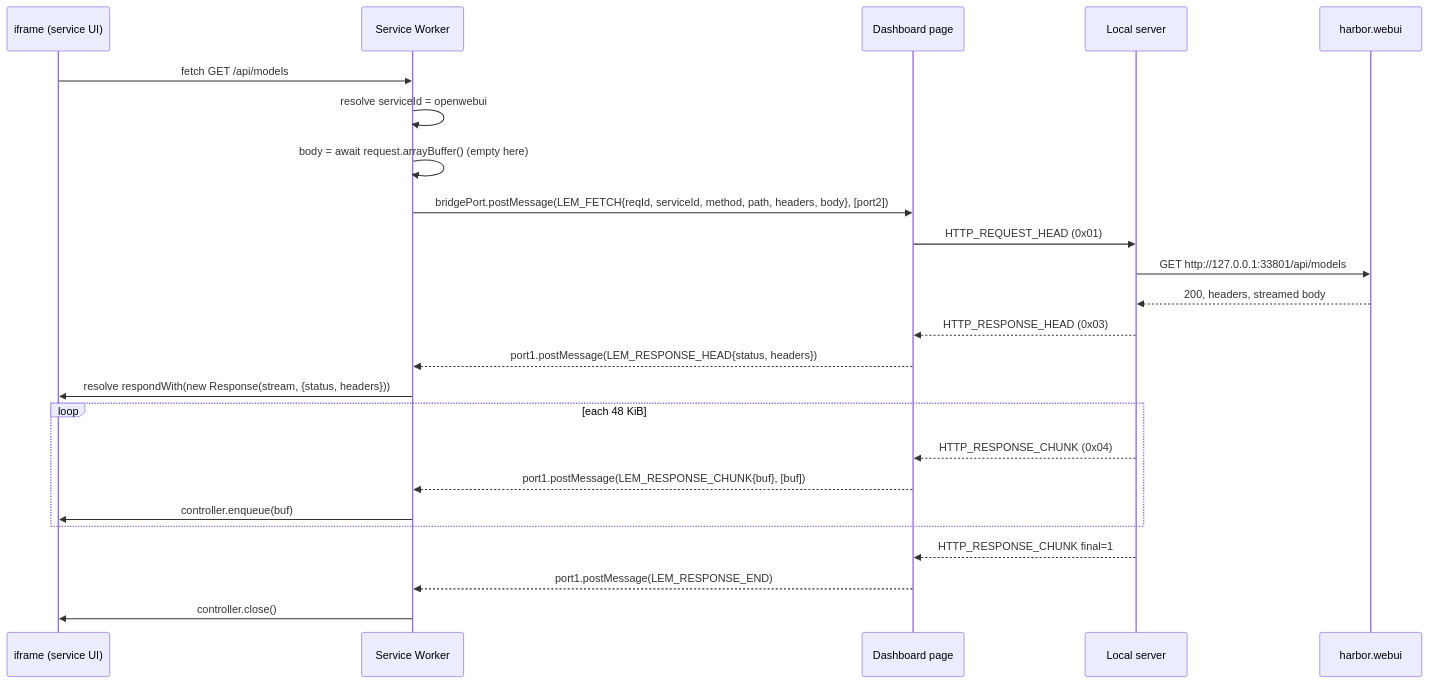
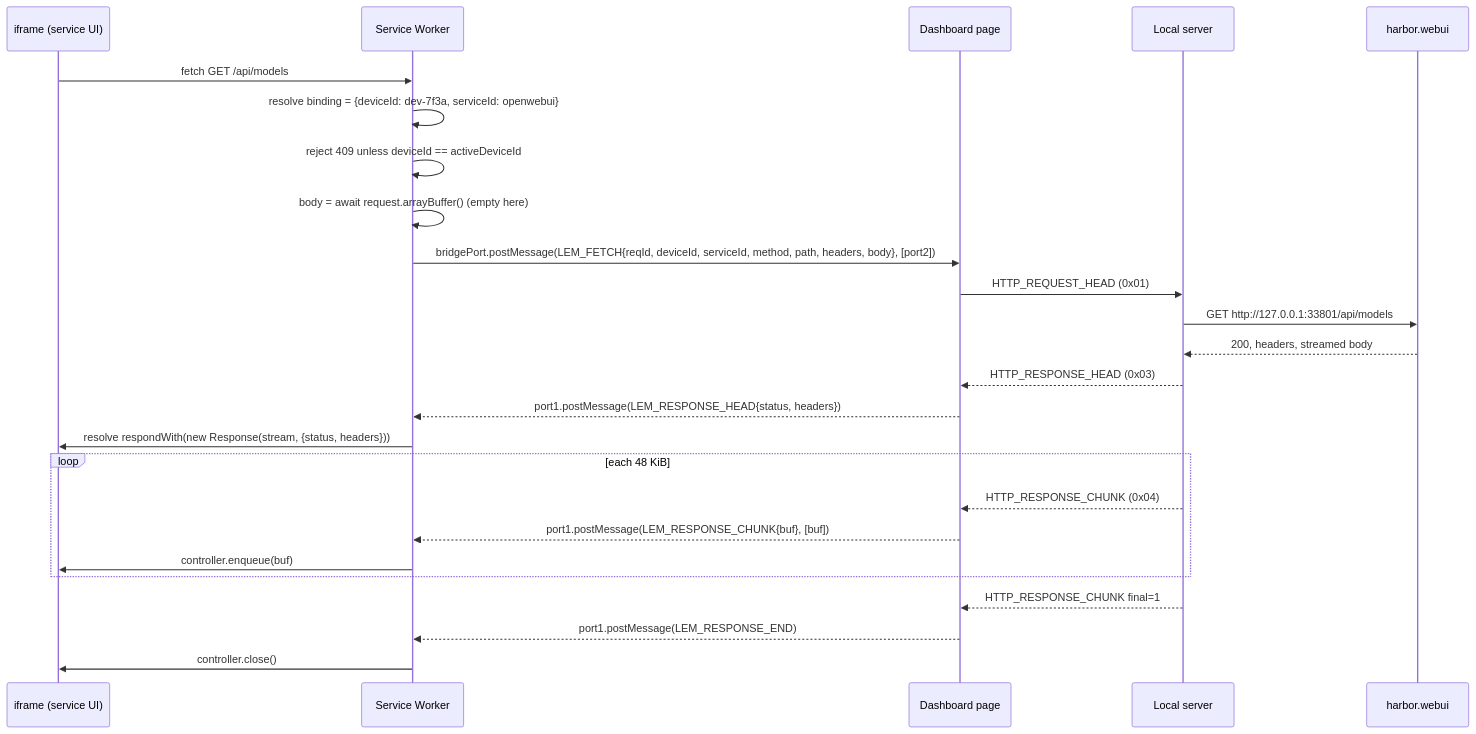
Before and after one commit to lem-app/lem: the second of 7 diagrams in docs/tunnel-proxy-spec.md, drawn with Mermaid. The commit also changed other lines of this file and 4 other files, not shown here.

First line of the commit message:
docs: specify body-cap enforcement, correct port resolution, re-measure gates

````diff
--- a/docs/tunnel-proxy-spec.md
+++ b/docs/tunnel-proxy-spec.md
@@ -253,27 +305,28 @@
 ```mermaid
 sequenceDiagram
   participant App as iframe (service UI)
   participant SW as Service Worker
   participant Page as Dashboard page
   participant Srv as Local server
   participant Up as harbor.webui
 
   App->>SW: fetch GET /api/models
-  SW->>SW: resolve serviceId = openwebui
+  SW->>SW: resolve binding = {deviceId: dev-7f3a, serviceId: openwebui}
+  SW->>SW: reject 409 unless deviceId == activeDeviceId
   SW->>SW: body = await request.arrayBuffer()  (empty here)
-  SW->>Page: bridgePort.postMessage(LEM_FETCH{reqId, serviceId, method, path, headers, body}, [port2])
+  SW->>Page: bridgePort.postMessage(LEM_FETCH{reqId, deviceId, serviceId, method, path, headers, body}, [port2])
   Page->>Srv: HTTP_REQUEST_HEAD (0x01)
   Srv->>Up: GET http://127.0.0.1:33801/api/models
   Up-->>Srv: 200, headers, streamed body
   Srv-->>Page: HTTP_RESPONSE_HEAD (0x03)
   Page-->>SW: port1.postMessage(LEM_RESPONSE_HEAD{status, headers})
   SW->>App: resolve respondWith(new Response(stream, {status, headers}))
   loop each 48 KiB
     Srv-->>Page: HTTP_RESPONSE_CHUNK (0x04)
     Page-->>SW: port1.postMessage(LEM_RESPONSE_CHUNK{buf}, [buf])
     SW->>App: controller.enqueue(buf)
   end
   Srv-->>Page: HTTP_RESPONSE_CHUNK final=1
   Page-->>SW: port1.postMessage(LEM_RESPONSE_END)
   SW->>App: controller.close()
 ```
````
